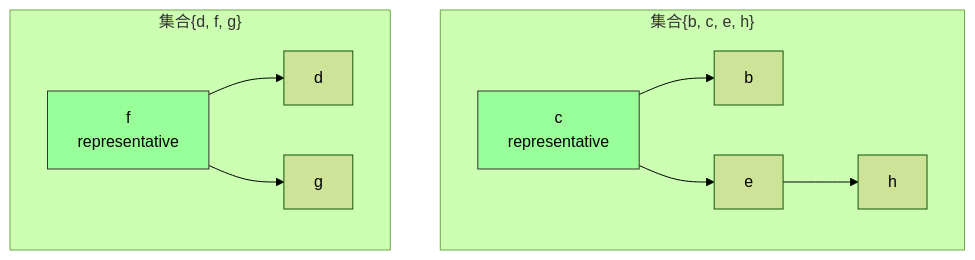
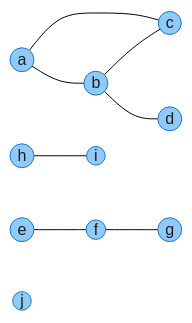
Before and after one commit to socoo123/book_reading: the second of 6 diagrams in IntroductionToAlgorithms/Chapter19_不相交集合_深度版.md, drawn with Mermaid (forest theme). The commit also changed other lines of this file and 30 other files, not shown here.

````diff
--- a/IntroductionToAlgorithms/Chapter19_不相交集合_深度版.md
+++ b/IntroductionToAlgorithms/Chapter19_不相交集合_深度版.md
@@ -171,18 +80,14 @@
 ```mermaid
-graph TD
-    subgraph "集合{b, c, e, h}"
-        c["c<br/>representative"]
-        c --> b
-        c --> e
-        e --> h
-    end
+graph LR
+    a(("a")) --- b(("b"))
+    a --- c(("c"))
+    b --- c
+    b --- d(("d"))
+    e(("e")) --- f(("f"))
+    f --- g(("g"))
+    h(("h")) --- i(("i"))
+    j(("j"))
 
-    subgraph "集合{d, f, g}"
-        f["f<br/>representative"]
-        f --> d
-        f --> g
-    end
-
-    style c fill:#9f9,stroke:#333
-    style f fill:#9f9,stroke:#333
+    classDef normal fill:#90CAF9,stroke:#1976D2,color:#1f1f1f
+    class a,b,c,d,e,f,g,h,i,j normal
 ```
````
